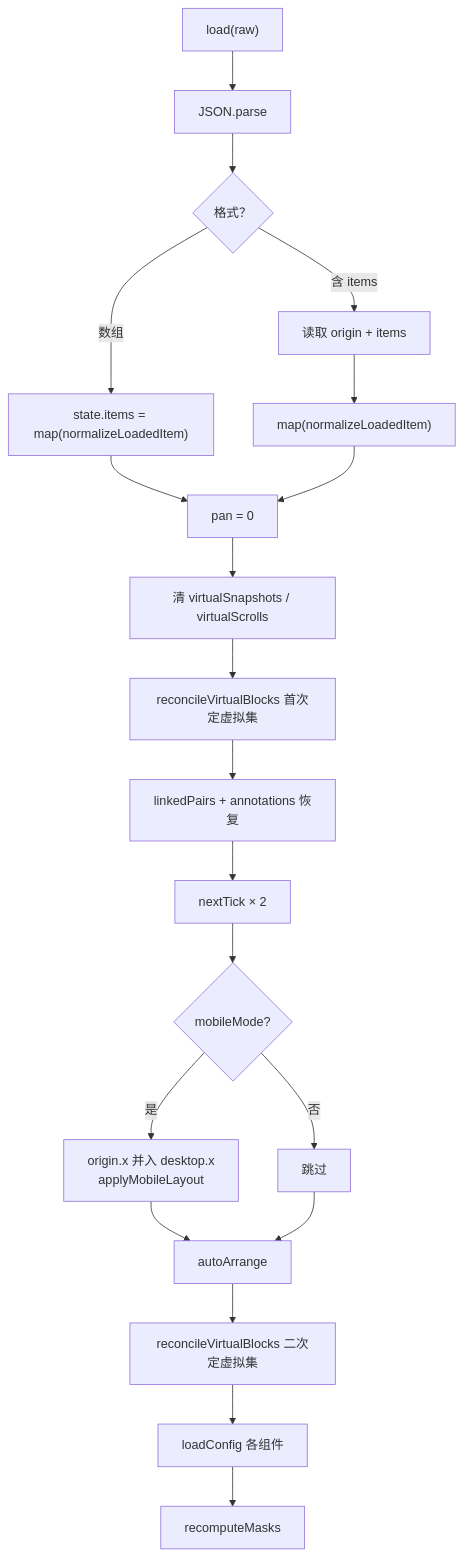
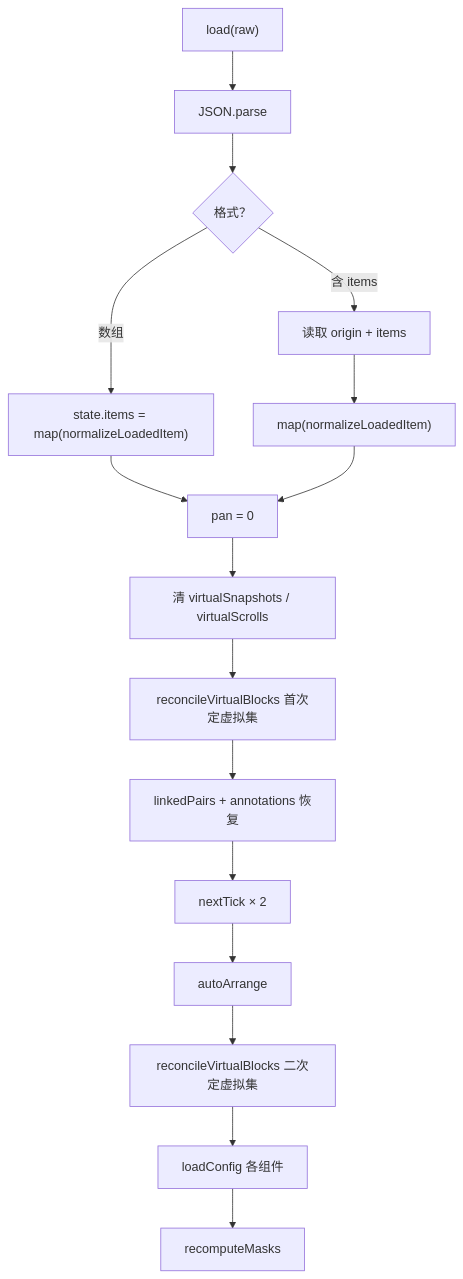
Before and after one commit to LogicAurora/Mindrizzle: the second of 5 diagrams in src/docs/flow/08-save-load.md, drawn with Mermaid. The commit also changed other lines of this file and 12 other files, not shown here.

````diff
--- a/src/docs/flow/08-save-load.md
+++ b/src/docs/flow/08-save-load.md
@@ -19,22 +19,18 @@
 ```mermaid
 flowchart TD
   A["load(raw)"] --> B["JSON.parse"]
   B --> C{"格式？"}
   C -->|数组| D["state.items = map(normalizeLoadedItem)"]
   C -->|含 items| E["读取 origin + items"]
   E --> F["map(normalizeLoadedItem)"]
   D --> G["pan = 0"]
   F --> G
   G --> H["清 virtualSnapshots / virtualScrolls"]
   H --> I["reconcileVirtualBlocks 首次定虚拟集"]
   I --> J["linkedPairs + annotations 恢复"]
   J --> K["nextTick × 2"]
-  K --> L{"mobileMode?"}
-  L -->|是| M["origin.x 并入 desktop.x<br/>applyMobileLayout"]
-  L -->|否| N["跳过"]
-  M --> O["autoArrange"]
-  N --> O
-  O --> P["reconcileVirtualBlocks 二次定虚拟集"]
-  P --> Q["loadConfig 各组件"]
-  Q --> R["recomputeMasks"]
+  K --> L["autoArrange"]
+  L --> M["reconcileVirtualBlocks 二次定虚拟集"]
+  M --> N["loadConfig 各组件"]
+  N --> O["recomputeMasks"]
 ```
````
